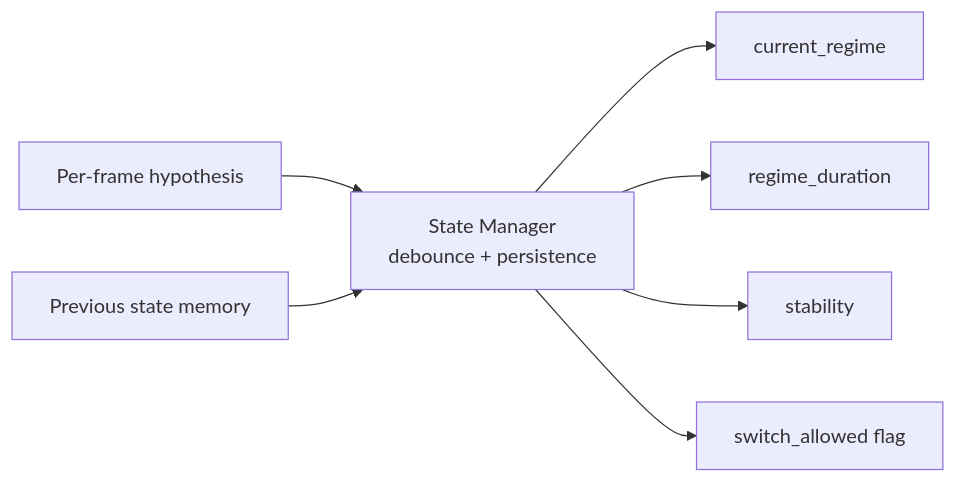
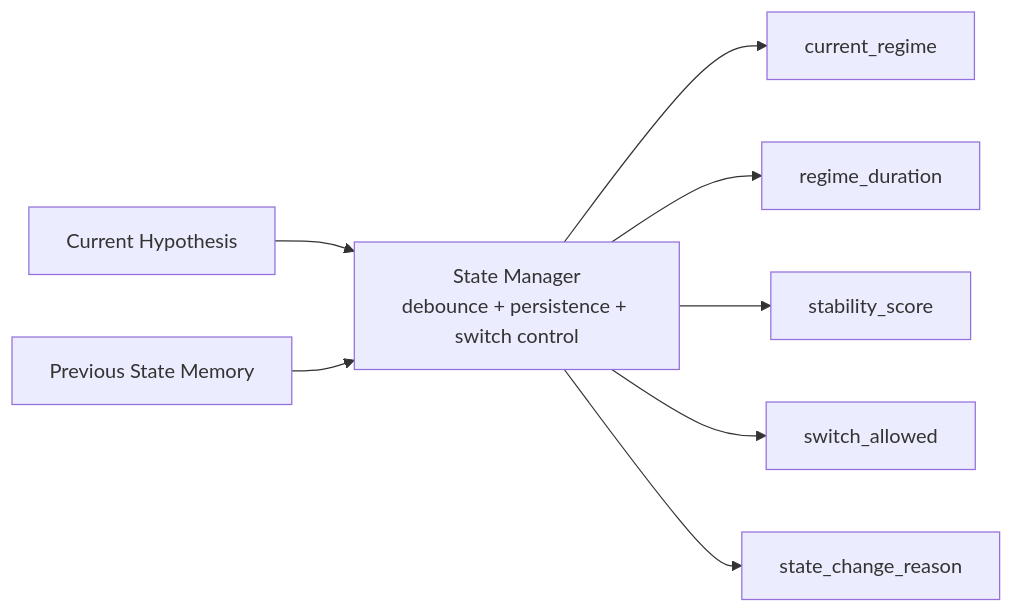
The seventh of 9 diagrams in README.md (Yuqian-He/agentic-trading-workflow), drawn with Mermaid before and after one commit. The commit also changed other lines of this file, not shown here.

````diff
--- a/README.md
+++ b/README.md
@@ -101,9 +138,11 @@
 ```mermaid
 graph LR
-    G3O[Per-frame hypothesis] --> S
-    M[Previous state memory] --> S
-    S[State Manager<br/>debounce + persistence] --> O1["current_regime"]
-    S --> O2["regime_duration"]
-    S --> O3["stability"]
-    S --> O4["switch_allowed flag"]
+    G3O[Current Hypothesis] --> SM
+    M[Previous State Memory] --> SM
+
+    SM[State Manager<br/>debounce + persistence + switch control] --> O1["current_regime"]
+    SM --> O2["regime_duration"]
+    SM --> O3["stability_score"]
+    SM --> O4["switch_allowed"]
+    SM --> O5["state_change_reason"]
 ```
````
